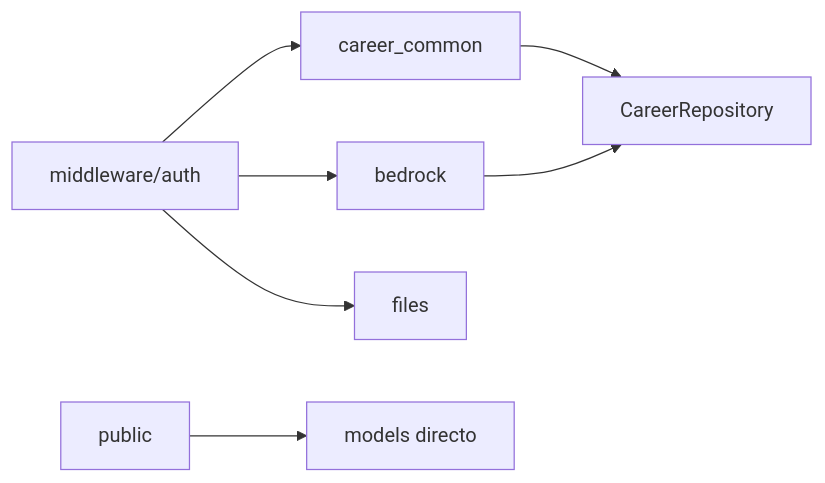
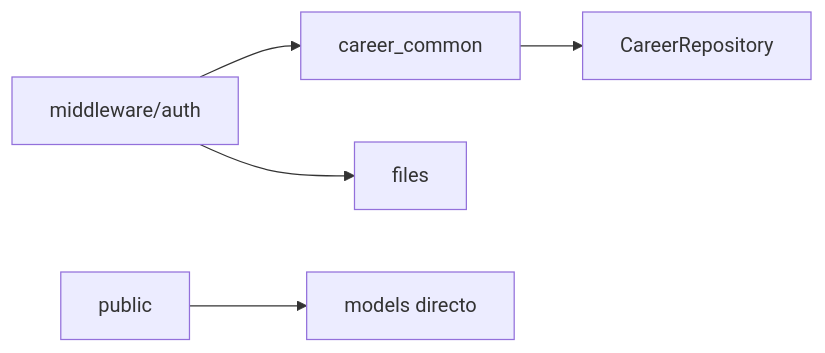
One commit to cjhirashi/cjhirashi-career changed the second of 2 diagrams in cjhirashi-career-api/docs/sections/infrastructure/README.md. Above: the diagram before and after it, drawn with Mermaid. The commit also changed other lines of this file and 82 other files, not shown here.

````diff
--- a/cjhirashi-career-api/docs/sections/infrastructure/README.md
+++ b/cjhirashi-career-api/docs/sections/infrastructure/README.md
@@ -170,9 +168,7 @@
 ```mermaid
 graph LR
     Auth[middleware/auth] --> Career[career_common]
-    Auth --> Bedrock[bedrock]
     Auth --> Files[files]
     Career --> Repo[CareerRepository]
-    Bedrock --> Repo
     Public[public] --> Models[models directo]
 ```
````
